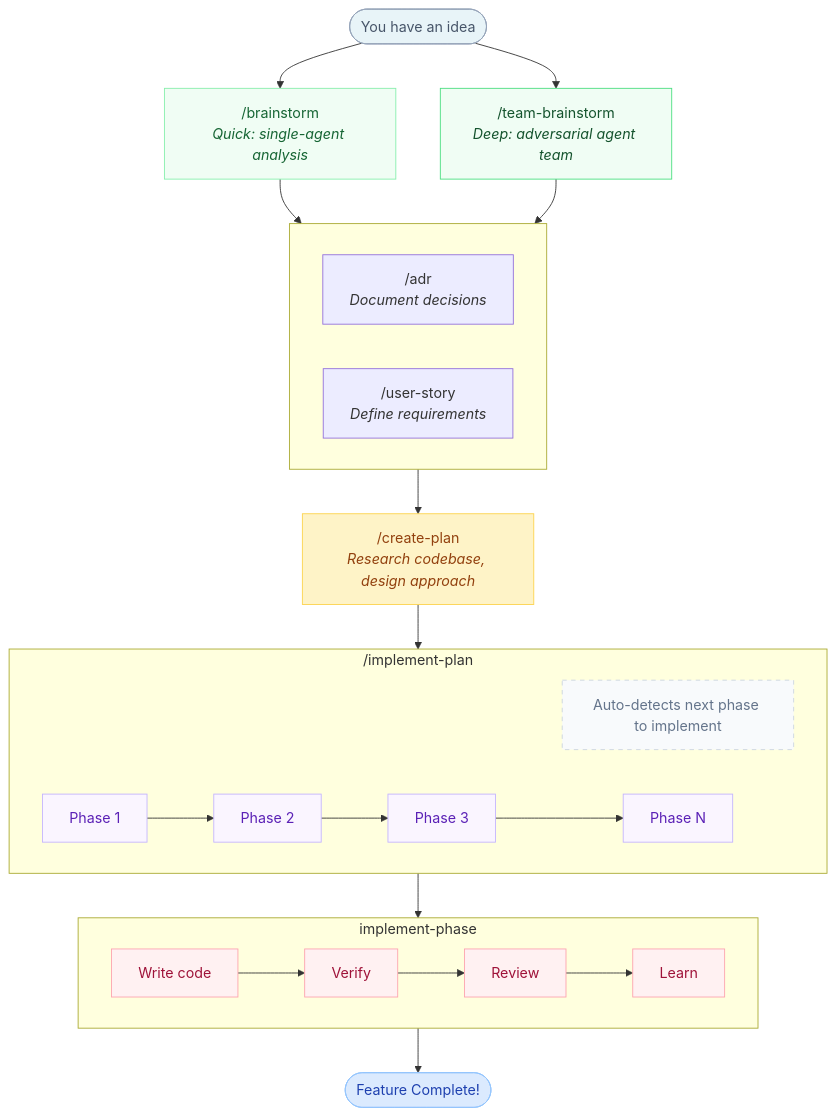
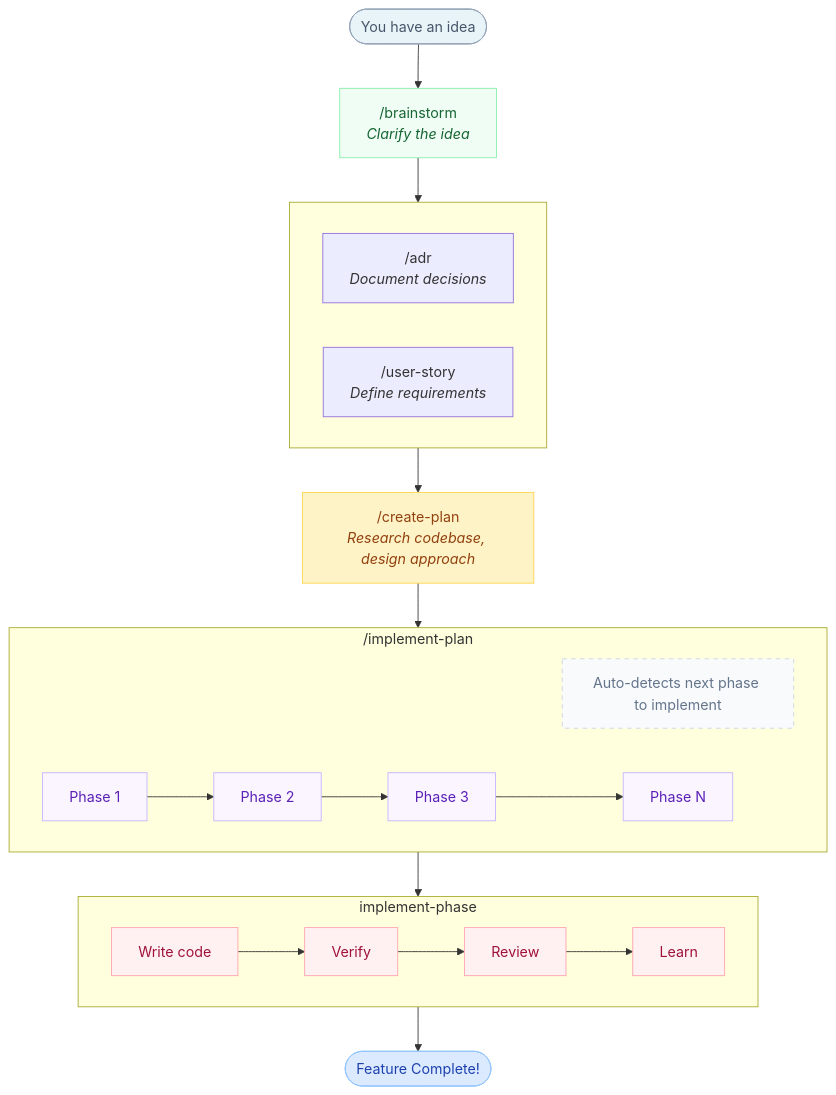
One commit to mhylle/claude-skills-collection changed the diagram in documentation/01-workflow-overview.md. Above: the diagram before and after it, drawn with Mermaid. The commit also changed other lines of this file and 137 other files, not shown here.

````diff
--- a/documentation/01-workflow-overview.md
+++ b/documentation/01-workflow-overview.md
@@ -11,54 +11,50 @@
 ```mermaid
 flowchart TD
     idea([You have an idea])
 
     idea --> brainstorm
-    idea --> teambrainstorm
-    brainstorm["/brainstorm<br><i>Quick: single-agent analysis</i>"]
-    teambrainstorm["/team-brainstorm<br><i>Deep: adversarial agent team</i>"]
+    brainstorm["/brainstorm<br><i>Clarify the idea</i>"]
 
     brainstorm --> postbrainstorm
-    teambrainstorm --> postbrainstorm
 
     subgraph postbrainstorm [" "]
         direction LR
         adr["/adr<br><i>Document decisions</i>"]
         userstory["/user-story<br><i>Define requirements</i>"]
     end
 
     postbrainstorm --> createplan
     createplan["/create-plan<br><i>Research codebase, design approach</i>"]
 
     createplan --> implementplan
 
     subgraph implementplan ["/implement-plan"]
         direction LR
         implnote["Auto-detects next phase to implement"]
         p1[Phase 1] --> p2[Phase 2] --> p3[Phase 3] --> pn[Phase N]
     end
 
     implementplan --> phase
 
     subgraph phase ["implement-phase"]
         direction LR
         s1["Write code"] --> s2["Verify"] --> s3["Review"] --> s4["Learn"]
     end
 
     phase --> complete([Feature Complete!])
 
     %% Muted color styling
     style idea fill:#e8f4f8,stroke:#94a3b8,color:#475569
     style brainstorm fill:#f0fdf4,stroke:#86efac,color:#166534
-    style teambrainstorm fill:#f0fdf4,stroke:#4ade80,color:#14532d
     style createplan fill:#fef3c7,stroke:#fcd34d,color:#92400e
     style complete fill:#dbeafe,stroke:#93c5fd,color:#1e40af
     style implnote fill:#f8fafc,stroke:#cbd5e1,color:#64748b,stroke-dasharray: 5 5
     style p1 fill:#faf5ff,stroke:#c4b5fd,color:#5b21b6
     style p2 fill:#faf5ff,stroke:#c4b5fd,color:#5b21b6
     style p3 fill:#faf5ff,stroke:#c4b5fd,color:#5b21b6
     style pn fill:#faf5ff,stroke:#c4b5fd,color:#5b21b6
     style s1 fill:#fff1f2,stroke:#fda4af,color:#9f1239
     style s2 fill:#fff1f2,stroke:#fda4af,color:#9f1239
     style s3 fill:#fff1f2,stroke:#fda4af,color:#9f1239
     style s4 fill:#fff1f2,stroke:#fda4af,color:#9f1239
 ```
````
